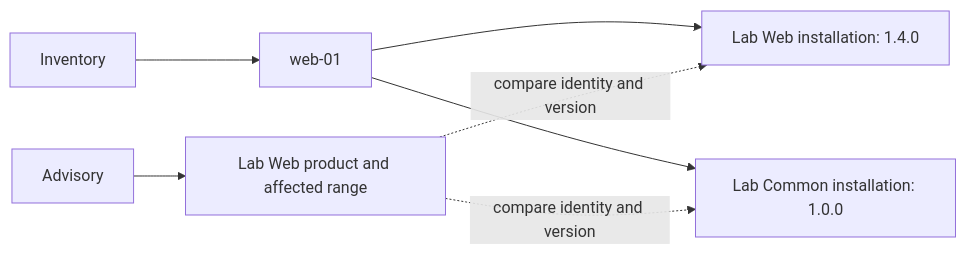
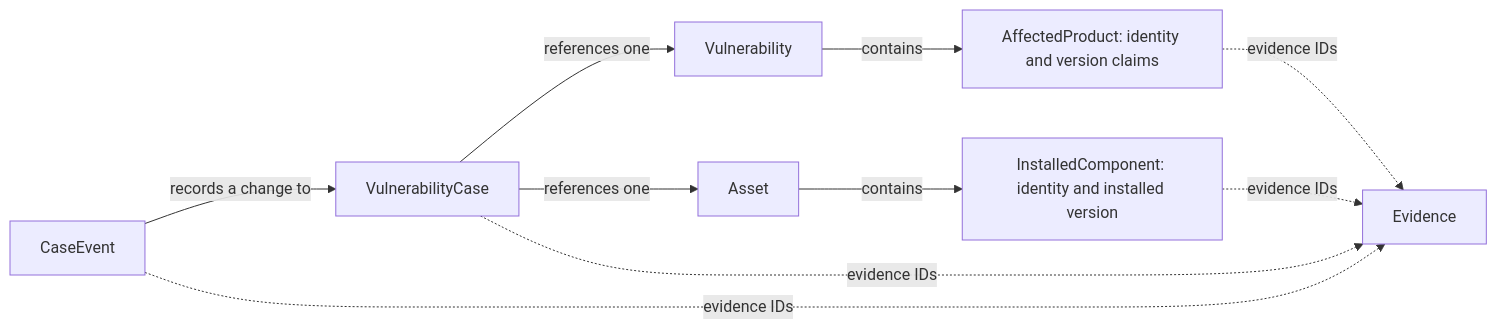
One commit to samhmariam/vulnops-control-plane changed the second of 4 diagrams in docs/day01-architecture-walkthrough.md. Above: the diagram before and after it, drawn with Mermaid. The commit also changed other lines of this file and 2 other files, not shown here.

Commit message:
docs: consolidate architecture and maintenance guide

````diff
--- a/docs/day01-architecture-walkthrough.md
+++ b/docs/day01-architecture-walkthrough.md
@@ -229,9 +153,12 @@
 ```mermaid
 flowchart LR
-    AD["Advisory"] --> P["Lab Web product and affected range"]
-    IN["Inventory"] --> A["web-01"]
-    A --> W["Lab Web installation: 1.4.0"]
-    A --> C["Lab Common installation: 1.0.0"]
-    P -. "compare identity and version" .-> W
-    P -. "compare identity and version" .-> C
+    V["Vulnerability"] -->|contains| AP["AffectedProduct: identity and version claims"]
+    A["Asset"] -->|contains| IC["InstalledComponent: identity and installed version"]
+    C["VulnerabilityCase"] -->|references one| V
+    C -->|references one| A
+    Event["CaseEvent"] -->|records a change to| C
+    AP -. "evidence IDs" .-> Evidence["Evidence"]
+    IC -. "evidence IDs" .-> Evidence
+    C -. "evidence IDs" .-> Evidence
+    Event -. "evidence IDs" .-> Evidence
 ```
````
